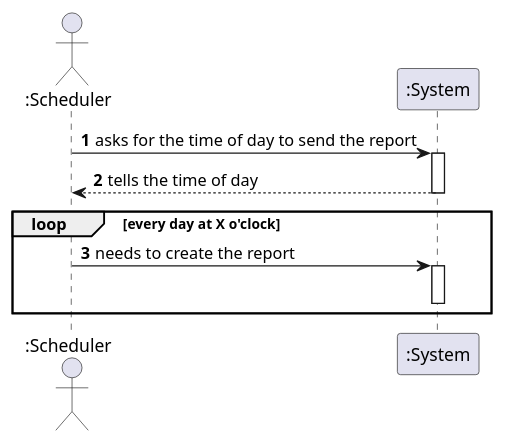
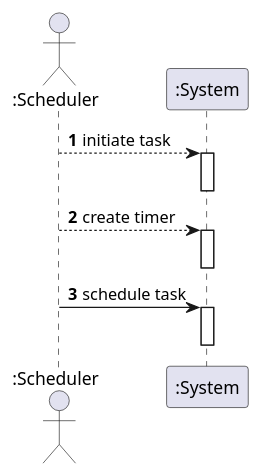
One commit to GuilhermeCunha79/lapr2 changed the diagram in docs/SprintD/US19/US19_SSD.puml. Above: the diagram before and after it, drawn with PlantUML. The commit also changed 23 other files, not shown here.

```diff
--- a/docs/SprintD/US19/US19_SSD.puml
+++ b/docs/SprintD/US19/US19_SSD.puml
@@ -1,19 +1,20 @@
 @startuml
 'https://plantuml.com/sequence-diagram
 
 autonumber
 
 actor ":Scheduler" as S
 participant ":System" as SYS
 
-S -> SYS : asks for the time of day to send the report
-activate SYS
-SYS --> S : tells the time of day
-deactivate SYS
-loop every day at X o'clock
-S -> SYS : needs to create the report
+
+S --> SYS : initiate task
 activate SYS
 deactivate SYS
-end loop
+S --> SYS : create timer
+activate SYS
+deactivate SYS
+S -> SYS : schedule task
+activate SYS
+deactivate SYS
 
 @enduml
```
